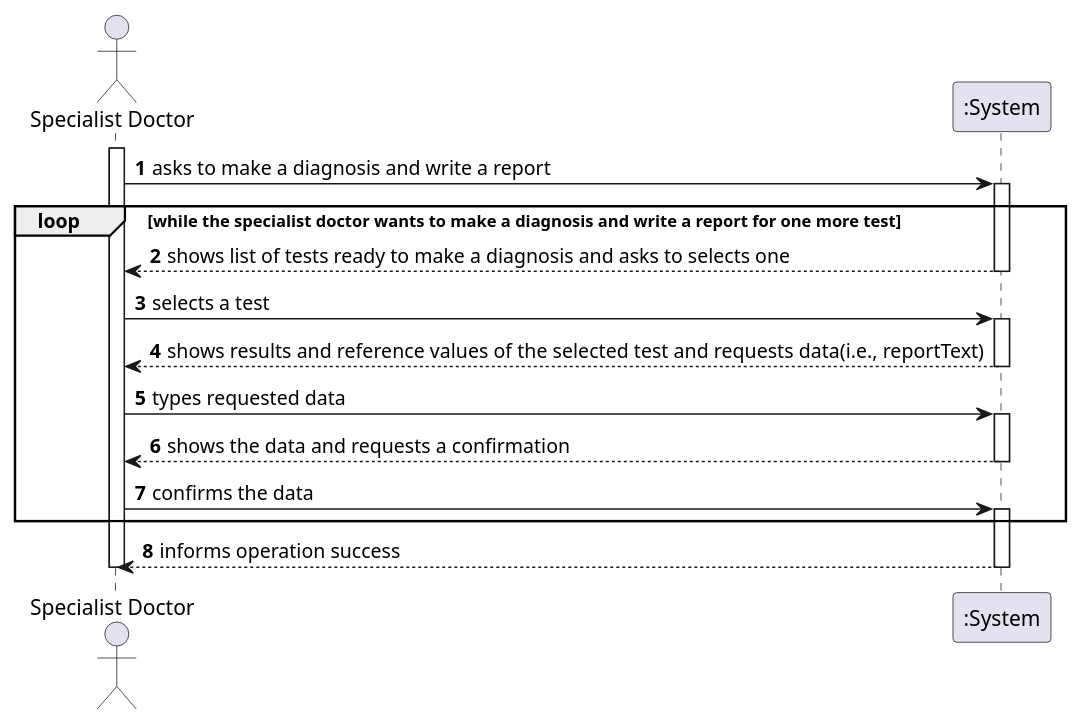
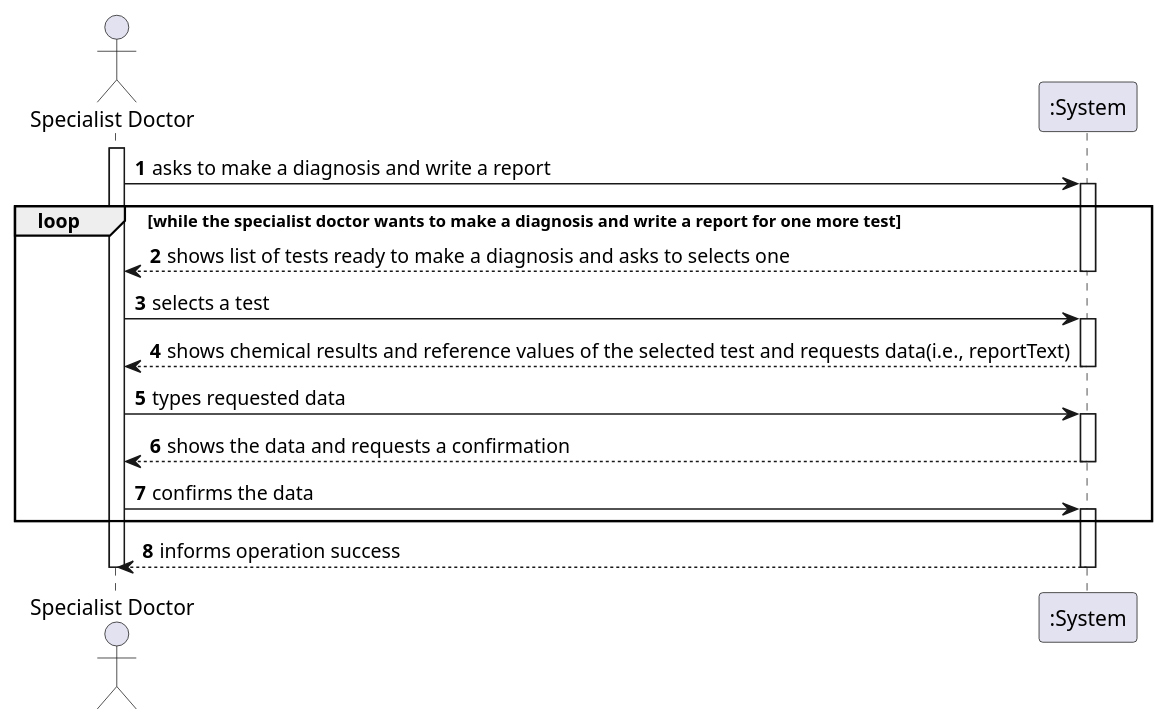
One commit to ana-albergaria/LAPR2-ISEP changed the diagram in docs/SprintC/US_14/US14_SSD.puml. Above: the diagram before and after it, drawn with PlantUML. The commit also changed 4 other files, not shown here.

```diff
--- a/docs/SprintC/US_14/US14_SSD.puml
+++ b/docs/SprintC/US_14/US14_SSD.puml
@@ -1,29 +1,29 @@
 @startuml
 autonumber
 actor "Specialist Doctor" as SpDt
 
 activate SpDt
 SpDt-> ":System" : asks to make a diagnosis and write a report
 activate ":System"
 loop while the specialist doctor wants to make a diagnosis and write a report for one more test
 ":System" --> SpDt : shows list of tests ready to make a diagnosis and asks to selects one
 deactivate ":System"
 
 SpDt-> ":System" : selects a test
 activate ":System"
-":System" --> SpDt : shows results and reference values of the selected test and requests data(i.e., reportText)
+":System" --> SpDt : shows chemical results and reference values of the selected test and requests data(i.e., reportText)
 deactivate ":System"
 
 SpDt-> ":System" : types requested data
 activate ":System"
 ":System" --> SpDt : shows the data and requests a confirmation
 deactivate ":System"
 
 SpDt-> ":System" : confirms the data
 activate ":System"
 end
 ":System" --> SpDt : informs operation success
 deactivate ":System"
 deactivate SpDt
 
 @enduml
```
